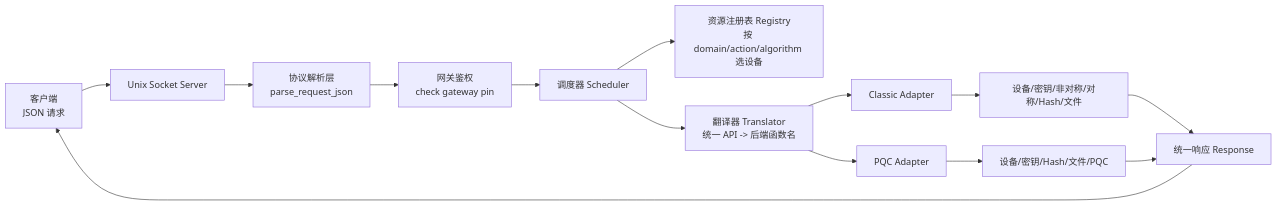
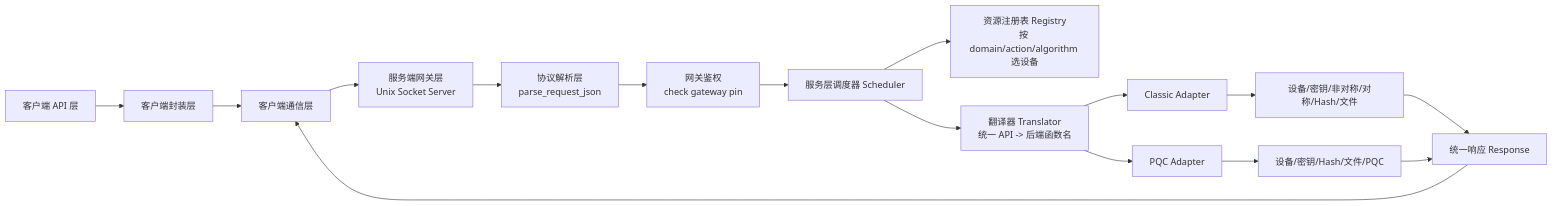
Before and after one commit to neyou6657/ucisdk: the diagram in overall_architecture_zh.md, drawn with Mermaid. The commit also changed other lines of this file and 24 other files, not shown here.

````diff
--- a/overall_architecture_zh.md
+++ b/overall_architecture_zh.md
@@ -81,18 +115,20 @@
 ```mermaid
 flowchart LR
-    C[客户端\nJSON 请求] --> S[Unix Socket Server]
+    C[客户端 API 层] --> CC[客户端封装层]
+    CC --> CT[客户端通信层]
+    CT --> S[服务端网关层\nUnix Socket Server]
     S --> P[协议解析层\nparse_request_json]
     P --> A[网关鉴权\ncheck gateway pin]
-    A --> Q[调度器 Scheduler]
+    A --> Q[服务层调度器 Scheduler]
     Q --> R[资源注册表 Registry\n按 domain/action/algorithm 选设备]
     Q --> T[翻译器 Translator\n统一 API -> 后端函数名]
     T --> AC[Classic Adapter]
     T --> AP[PQC Adapter]
 
     AC --> FC[设备/密钥/非对称/对称/Hash/文件]
     AP --> FP[设备/密钥/Hash/文件/PQC]
 
     FC --> X[统一响应 Response]
     FP --> X
-    X --> C
+    X --> CT
 ```
````
